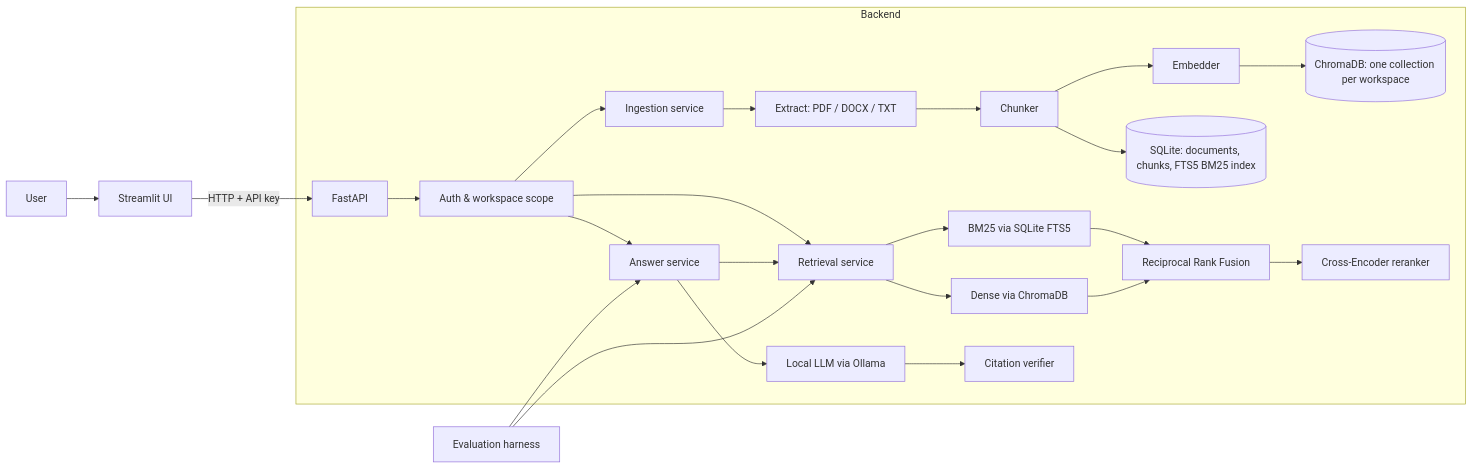
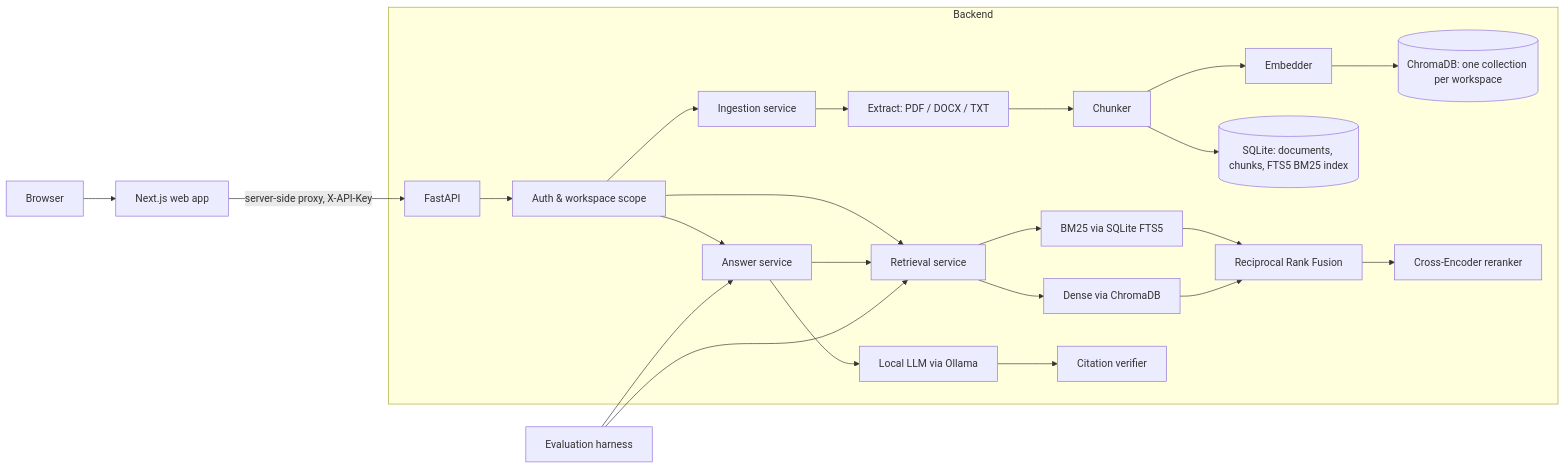
Before and after one commit to maksudaakhtertumpa/enterprise-knowledge-ai: the diagram in docs/ARCHITECTURE.md, drawn with Mermaid. The commit also changed other lines of this file and 97 other files, not shown here.

Commit message:
Phase 6: Next.js web UI with verified citations (local, $0)

````diff
--- a/docs/ARCHITECTURE.md
+++ b/docs/ARCHITECTURE.md
@@ -7,31 +7,31 @@
 ```mermaid
 flowchart LR
-    U[User] --> UI[Streamlit UI]
-    UI -->|HTTP + API key| API[FastAPI]
+    U[Browser] --> UI[Next.js web app]
+    UI -->|server-side proxy, X-API-Key| API[FastAPI]
 
     subgraph Backend
         API --> AUTH[Auth & workspace scope]
         AUTH --> ING[Ingestion service]
         AUTH --> RET[Retrieval service]
         AUTH --> QA[Answer service]
 
         ING --> EXT[Extract: PDF / DOCX / TXT]
         EXT --> CH[Chunker]
         CH --> EMB[Embedder]
         CH --> SQL[(SQLite: documents, chunks, FTS5 BM25 index)]
         EMB --> VDB[(ChromaDB: one collection per workspace)]
 
         RET --> BM25[BM25 via SQLite FTS5]
         RET --> DENSE[Dense via ChromaDB]
         BM25 --> RRF[Reciprocal Rank Fusion]
         DENSE --> RRF
         RRF --> RR[Cross-Encoder reranker]
 
         QA --> RET
         QA --> LLM[Local LLM via Ollama]
         LLM --> CV[Citation verifier]
     end
 
     EVAL[Evaluation harness] --> RET
     EVAL --> QA
 ```
````
